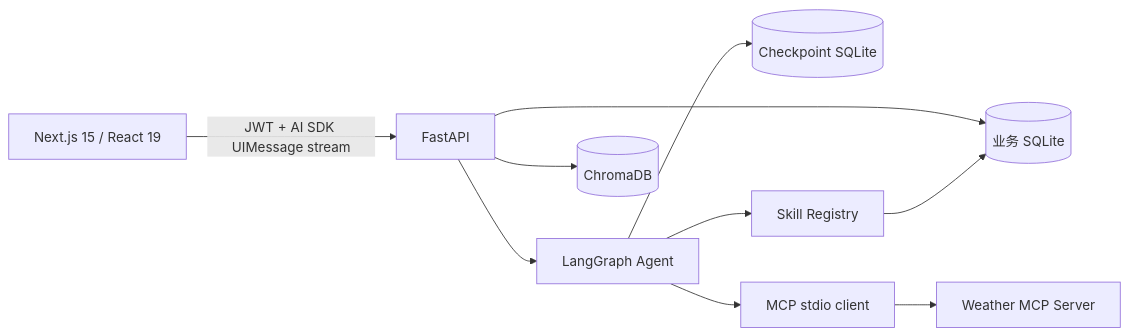
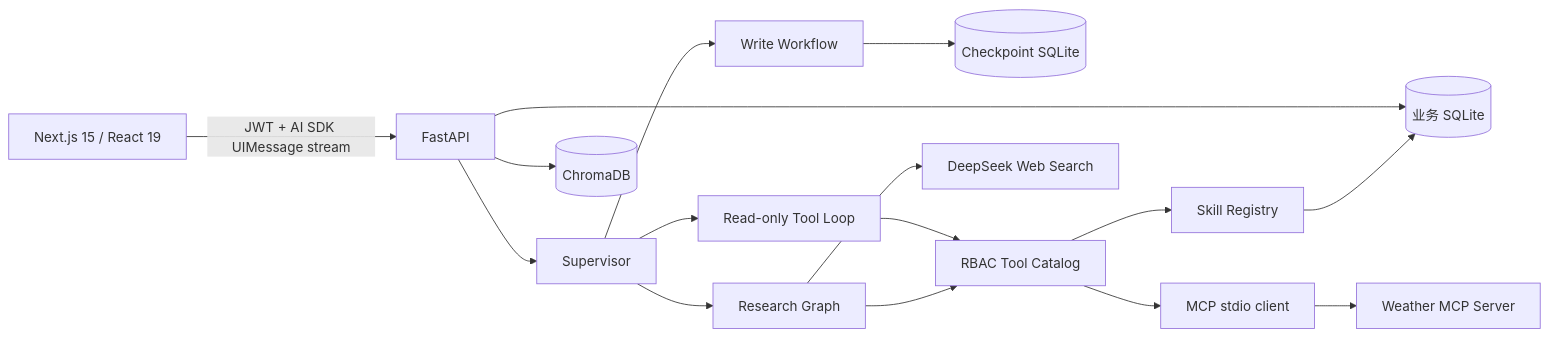
The first of 3 diagrams in docs/architecture.md (Wangyunfei001/guanxin-v2), drawn with Mermaid before and after one commit. The commit also changed other lines of this file and 37 other files, not shown here.

Commit message:
实现自主 Agent、MCP 工具目录与深度研究

````diff
--- a/docs/architecture.md
+++ b/docs/architecture.md
@@ -10,12 +10,18 @@
 ```mermaid
 flowchart LR
     UI[Next.js 15 / React 19] -->|JWT + AI SDK UIMessage stream| API[FastAPI]
-    API --> Agent[LangGraph Agent]
+    API --> Supervisor[Supervisor]
+    Supervisor --> ToolLoop[Read-only Tool Loop]
+    Supervisor --> Workflow[Write Workflow]
+    Supervisor --> Research[Research Graph]
     API --> SQLite[(业务 SQLite)]
-    Agent --> Checkpoint[(Checkpoint SQLite)]
+    Workflow --> Checkpoint[(Checkpoint SQLite)]
     API --> Chroma[(ChromaDB)]
-    Agent --> Skills[Skill Registry]
-    Agent --> MCP[MCP stdio client]
+    ToolLoop --> Catalog[RBAC Tool Catalog]
+    Research --> Catalog
+    Catalog --> Skills[Skill Registry]
+    Catalog --> MCP[MCP stdio client]
+    Research --> Web[DeepSeek Web Search]
     Skills --> SQLite
     MCP --> Weather[Weather MCP Server]
 ```
````
